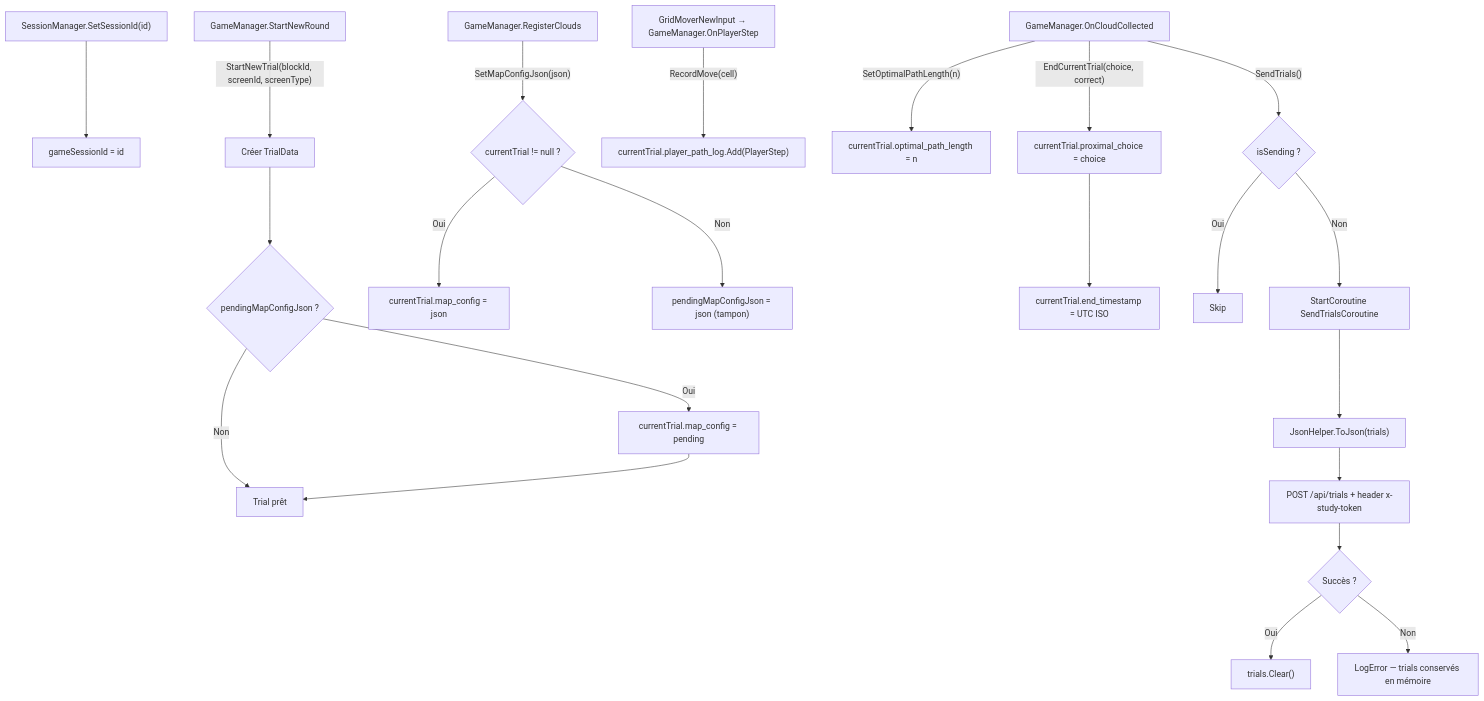
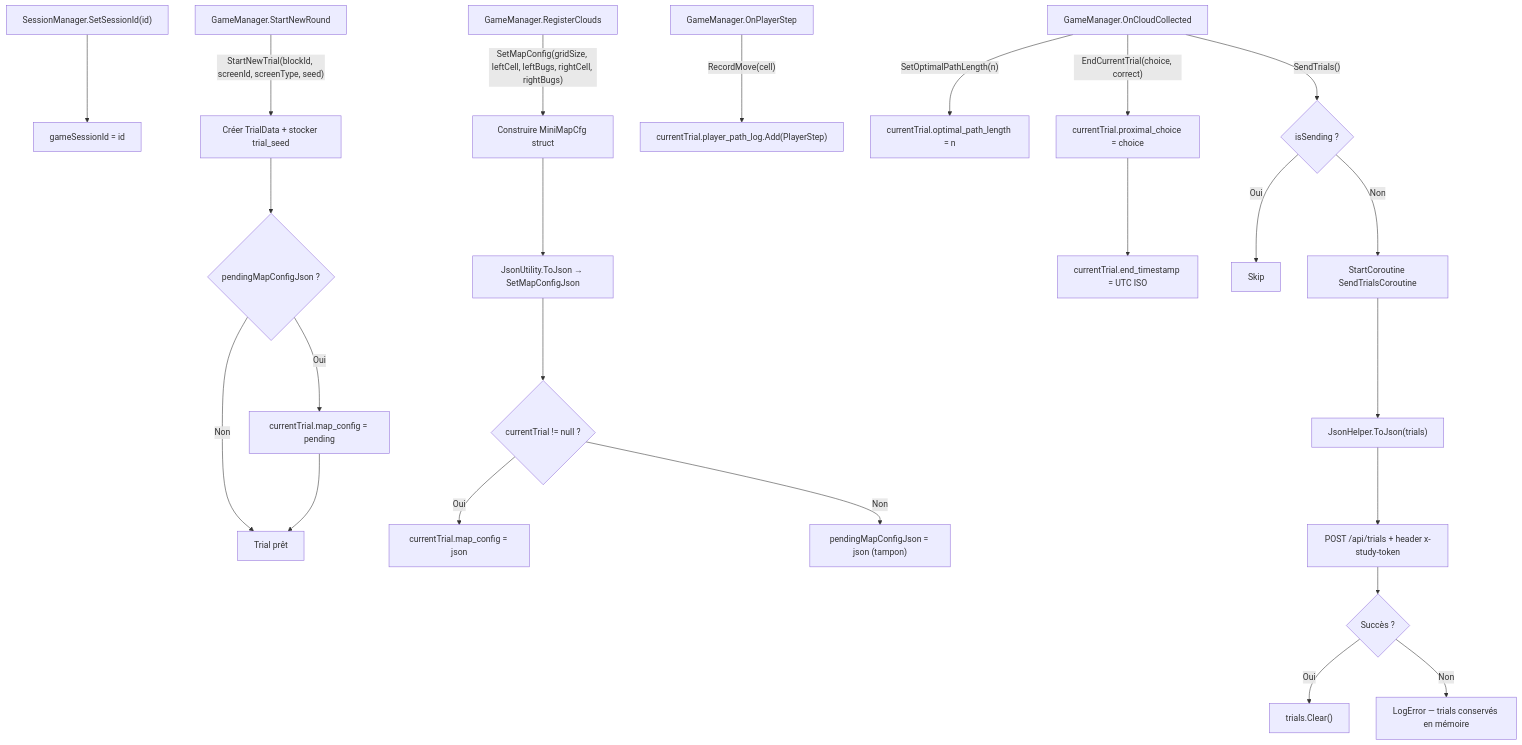
One commit to PierreChagnon/BUGS changed the tenth of 13 diagrams in Docs/TDD.md. Above: the diagram before and after it, drawn with Mermaid. The commit also changed other lines of this file, not shown here.

````diff
--- a/Docs/TDD.md
+++ b/Docs/TDD.md
@@ -1094,29 +1226,31 @@
 ```mermaid
 graph TD
     A["SessionManager.SetSessionId(id)"] --> B["gameSessionId = id"]
 
-    C["GameManager.StartNewRound"] -->|"StartNewTrial(blockId, screenId, screenType)"| D["Créer TrialData"]
+    C["GameManager.StartNewRound"] -->|"StartNewTrial(blockId, screenId, screenType, seed)"| D["Créer TrialData + stocker trial_seed"]
     D --> E{pendingMapConfigJson ?}
     E -->|Oui| F["currentTrial.map_config = pending"]
     E -->|Non| G[Trial prêt]
     F --> G
 
-    H["GameManager.RegisterClouds"] -->|"SetMapConfigJson(json)"| I{currentTrial != null ?}
+    H["GameManager.RegisterClouds"] -->|"SetMapConfig(gridSize, leftCell, leftBugs, rightCell, rightBugs)"| H1["Construire MiniMapCfg struct"]
+    H1 --> H2["JsonUtility.ToJson → SetMapConfigJson"]
+    H2 --> I{currentTrial != null ?}
     I -->|Oui| J["currentTrial.map_config = json"]
     I -->|Non| K["pendingMapConfigJson = json (tampon)"]
 
-    L["GridMoverNewInput → GameManager.OnPlayerStep"] -->|"RecordMove(cell)"| M["currentTrial.player_path_log.Add(PlayerStep)"]
+    L["GameManager.OnPlayerStep"] -->|"RecordMove(cell)"| M["currentTrial.player_path_log.Add(PlayerStep)"]
 
     N["GameManager.OnCloudCollected"] -->|"SetOptimalPathLength(n)"| O["currentTrial.optimal_path_length = n"]
     N -->|"EndCurrentTrial(choice, correct)"| P["currentTrial.proximal_choice = choice"]
     P --> Q["currentTrial.end_timestamp = UTC ISO"]
 
     N -->|"SendTrials()"| R{isSending ?}
     R -->|Oui| S[Skip]
     R -->|Non| T["StartCoroutine SendTrialsCoroutine"]
     T --> U["JsonHelper.ToJson(trials)"]
     U --> V["POST /api/trials + header x-study-token"]
     V --> W{Succès ?}
     W -->|Oui| X["trials.Clear()"]
     W -->|Non| Y["LogError — trials conservés en mémoire"]
 ```
````
